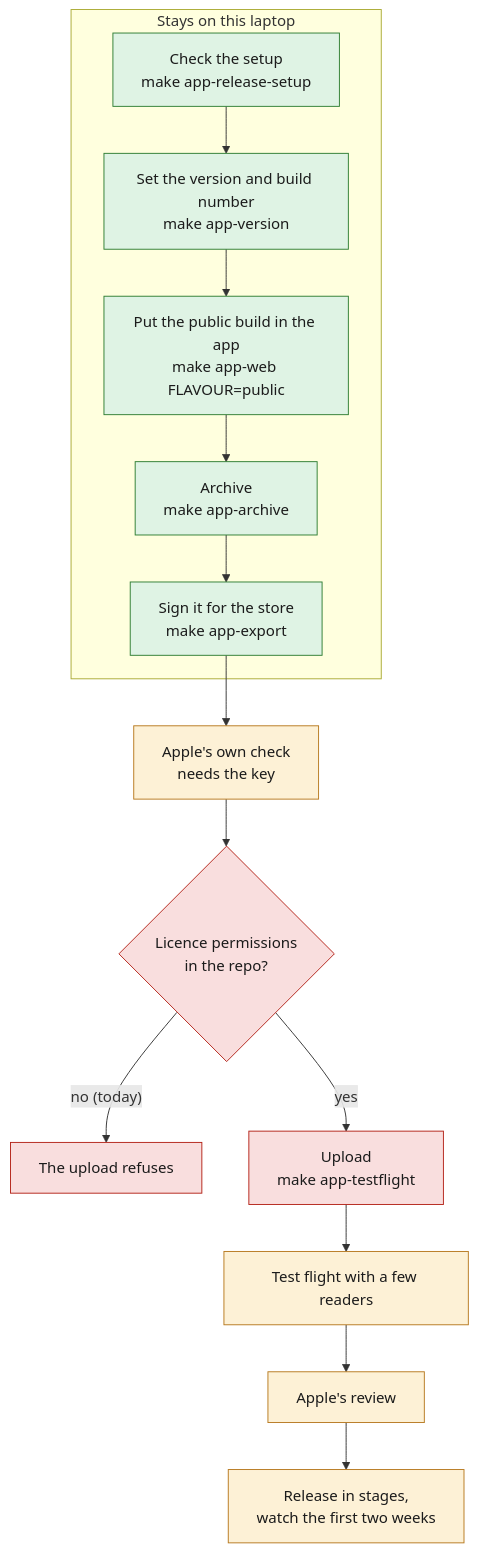
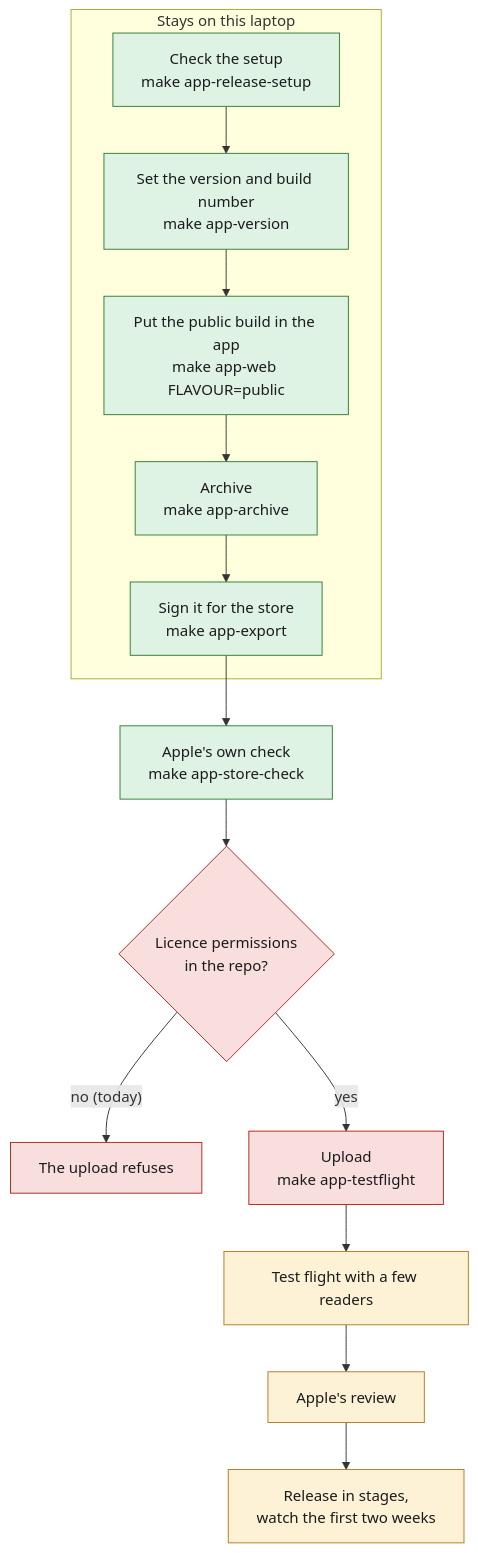
Before and after one commit to omars-lab/hifth: the diagram in .claude/skills/understanding-processes/app-release.md, drawn with Mermaid. The commit also changed other lines of this file and 11 other files, not shown here.

````diff
--- a/.claude/skills/understanding-processes/app-release.md
+++ b/.claude/skills/understanding-processes/app-release.md
@@ -244,29 +249,29 @@
 ```mermaid
 flowchart TD
   setup["Check the setup<br/>make app-release-setup"] --> version["Set the version and build number<br/>make app-version"]
   version --> web["Put the public build in the app<br/>make app-web FLAVOUR=public"]
   web --> archive["Archive<br/>make app-archive"]
   archive --> export["Sign it for the store<br/>make app-export"]
-  export --> validate["Apple's own check<br/>needs the key"]
+  export --> validate["Apple's own check<br/>make app-store-check"]
   validate --> lock{"Licence permissions<br/>in the repo?"}
   lock -- "no (today)" --> stop["The upload refuses"]
   lock -- "yes" --> upload["Upload<br/>make app-testflight"]
   upload --> flight["Test flight with a few readers"]
   flight --> review["Apple's review"]
   review --> release["Release in stages,<br/>watch the first two weeks"]
 
   subgraph laptop["Stays on this laptop"]
     setup
     version
     web
     archive
     export
   end
 
   classDef done fill:#dff3e4,stroke:#2e7d32,color:#1b1b1b
   classDef notyet fill:#fdf1d6,stroke:#b7791f,color:#1b1b1b
   classDef locked fill:#f9dede,stroke:#b42318,color:#1b1b1b
-  class setup,version,web,archive,export done
-  class validate,flight,review,release notyet
+  class setup,version,web,archive,export,validate done
+  class flight,review,release notyet
   class lock,stop,upload locked
 ```
````
